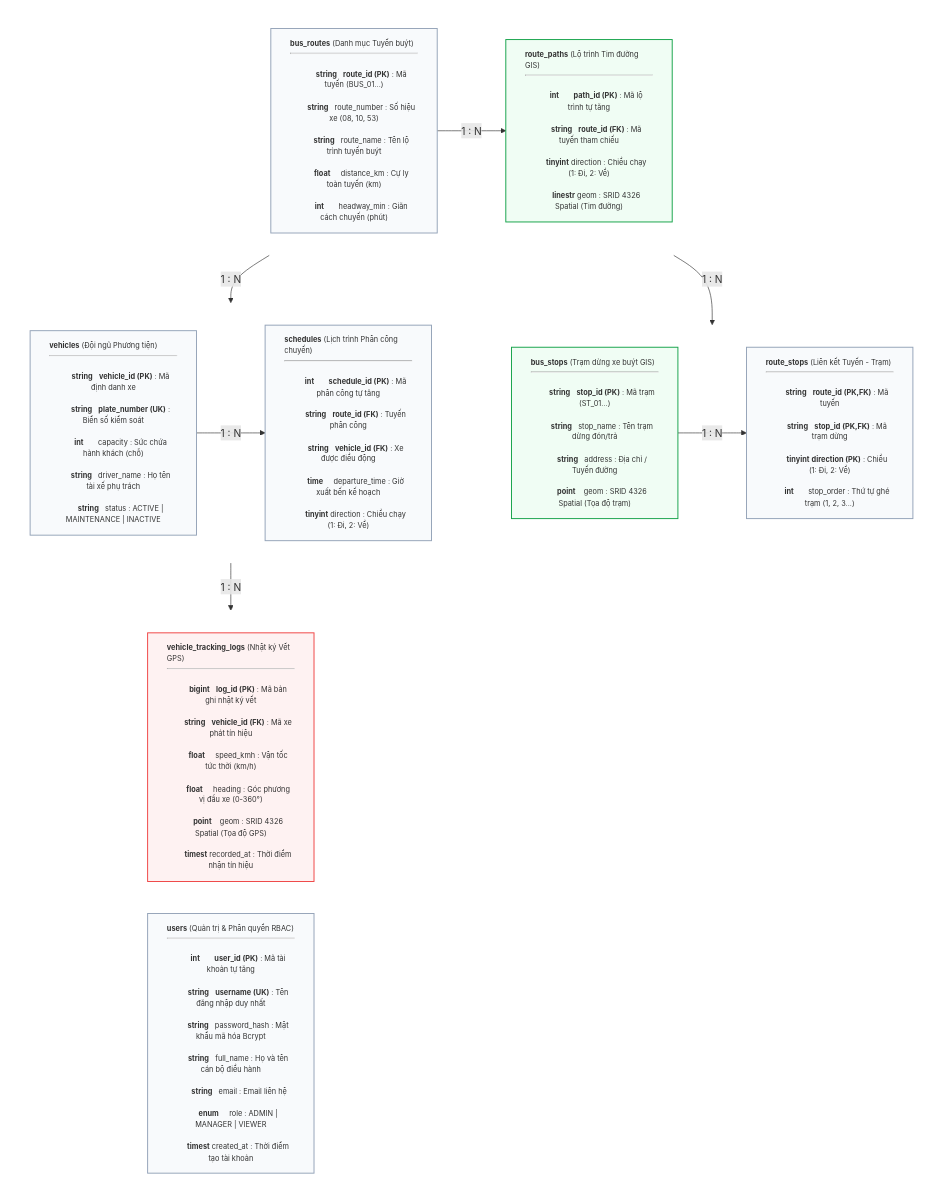
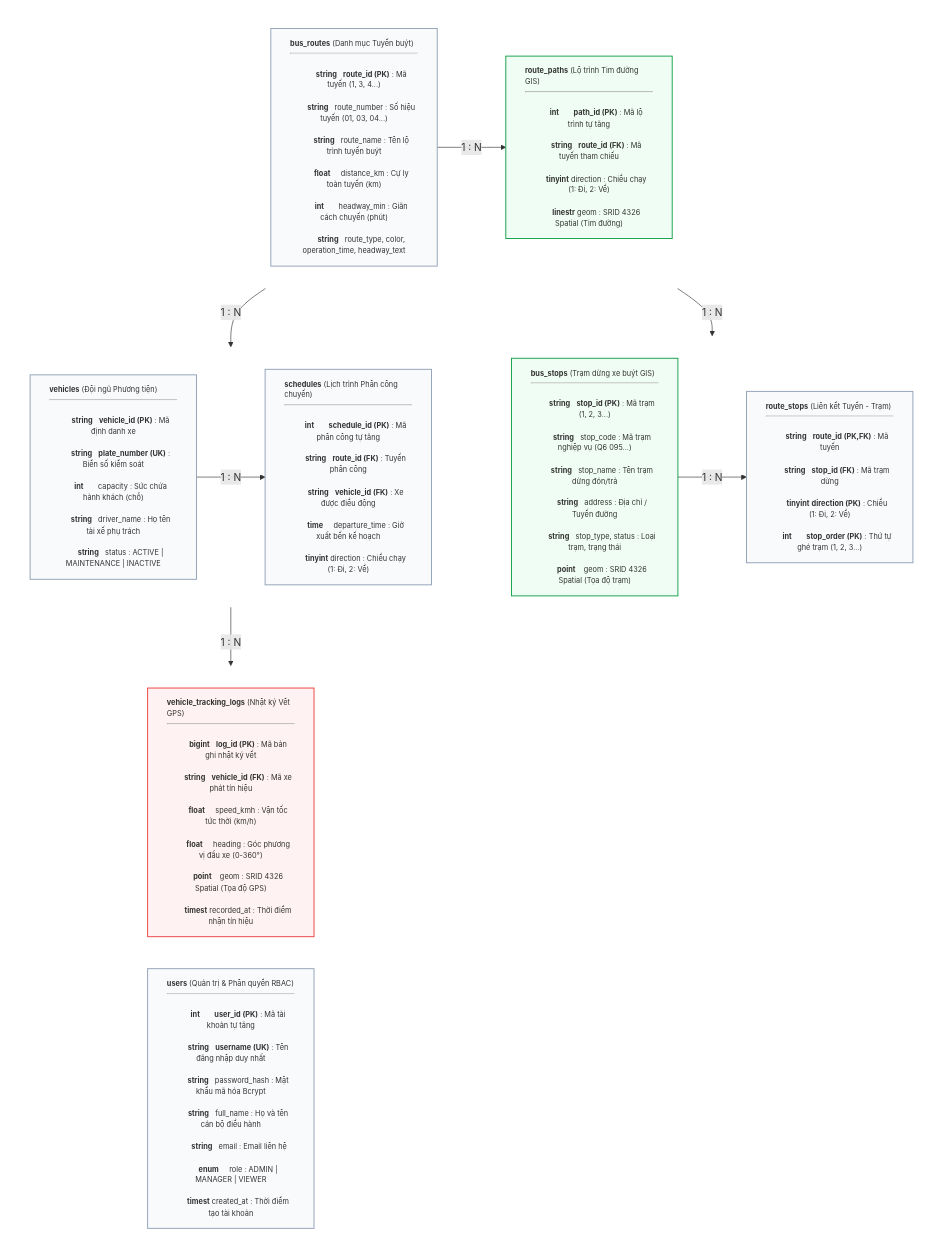
Before and after one commit to tungnguyen8389/bus-gis-tracking: the diagram in docs/DATABASE_SPECIFICATION.md, drawn with Mermaid. The commit also changed other lines of this file and 10 other files, not shown here.

```diff
--- a/docs/DATABASE_SPECIFICATION.md
+++ b/docs/DATABASE_SPECIFICATION.md
@@ -37,11 +37,12 @@
     subgraph ROW1 [" "]
         direction LR
         T_ROUTES["<b>bus_routes</b> (Danh mục Tuyến buýt)<hr/>
-        <b>string</b> &nbsp; <b>route_id (PK)</b> : Mã tuyến (BUS_01...)<br/>
-        <b>string</b> &nbsp; route_number : Số hiệu xe (08, 10, 53)<br/>
+        <b>string</b> &nbsp; <b>route_id (PK)</b> : Mã tuyến (1, 3, 4...)<br/>
+        <b>string</b> &nbsp; route_number : Số hiệu tuyến (01, 03, 04...)<br/>
         <b>string</b> &nbsp; route_name : Tên lộ trình tuyến buýt<br/>
         <b>float</b> &nbsp;&nbsp;&nbsp; distance_km : Cự ly toàn tuyến (km)<br/>
-        <b>int</b> &nbsp;&nbsp;&nbsp;&nbsp;&nbsp; headway_min : Giãn cách chuyến (phút)"]:::tblBody
+        <b>int</b> &nbsp;&nbsp;&nbsp;&nbsp;&nbsp; headway_min : Giãn cách chuyến (phút)<br/>
+        <b>string</b> &nbsp; route_type, color, operation_time, headway_text"]:::tblBody
 
         T_PATHS["<b>route_paths</b> (Lộ trình Tim đường GIS)<hr/>
         <b>int</b> &nbsp;&nbsp;&nbsp;&nbsp;&nbsp; <b>path_id (PK)</b> : Mã lộ trình tự tăng<br/>
@@ -56,16 +57,18 @@
     subgraph ROW2 [" "]
         direction LR
         T_STOPS["<b>bus_stops</b> (Trạm dừng xe buýt GIS)<hr/>
-        <b>string</b> &nbsp; <b>stop_id (PK)</b> : Mã trạm (ST_01...)<br/>
+        <b>string</b> &nbsp; <b>stop_id (PK)</b> : Mã trạm (1, 2, 3...)<br/>
+        <b>string</b> &nbsp; stop_code : Mã trạm nghiệp vụ (Q6 095...)<br/>
         <b>string</b> &nbsp; stop_name : Tên trạm dừng đón/trả<br/>
         <b>string</b> &nbsp; address : Địa chỉ / Tuyến đường<br/>
+        <b>string</b> &nbsp; stop_type, status : Loại trạm, trạng thái<br/>
         <b>point</b> &nbsp;&nbsp; geom : SRID 4326 Spatial (Tọa độ trạm)"]:::tblSpatial
 
         T_ROUTE_STOPS["<b>route_stops</b> (Liên kết Tuyến - Trạm)<hr/>
         <b>string</b> &nbsp; <b>route_id (PK,FK)</b> : Mã tuyến<br/>
-        <b>string</b> &nbsp; <b>stop_id (PK,FK)</b> : Mã trạm dừng<br/>
+        <b>string</b> &nbsp; <b>stop_id (FK)</b> : Mã trạm dừng<br/>
         <b>tinyint</b> <b>direction (PK)</b> : Chiều (1: Đi, 2: Về)<br/>
-        <b>int</b> &nbsp;&nbsp;&nbsp;&nbsp;&nbsp; stop_order : Thứ tự ghé trạm (1, 2, 3...)"]:::tblBody
+        <b>int</b> &nbsp;&nbsp;&nbsp;&nbsp;&nbsp; <b>stop_order (PK)</b> : Thứ tự ghé trạm (1, 2, 3...)"]:::tblBody
     end
 
     %% ==========================================
```
